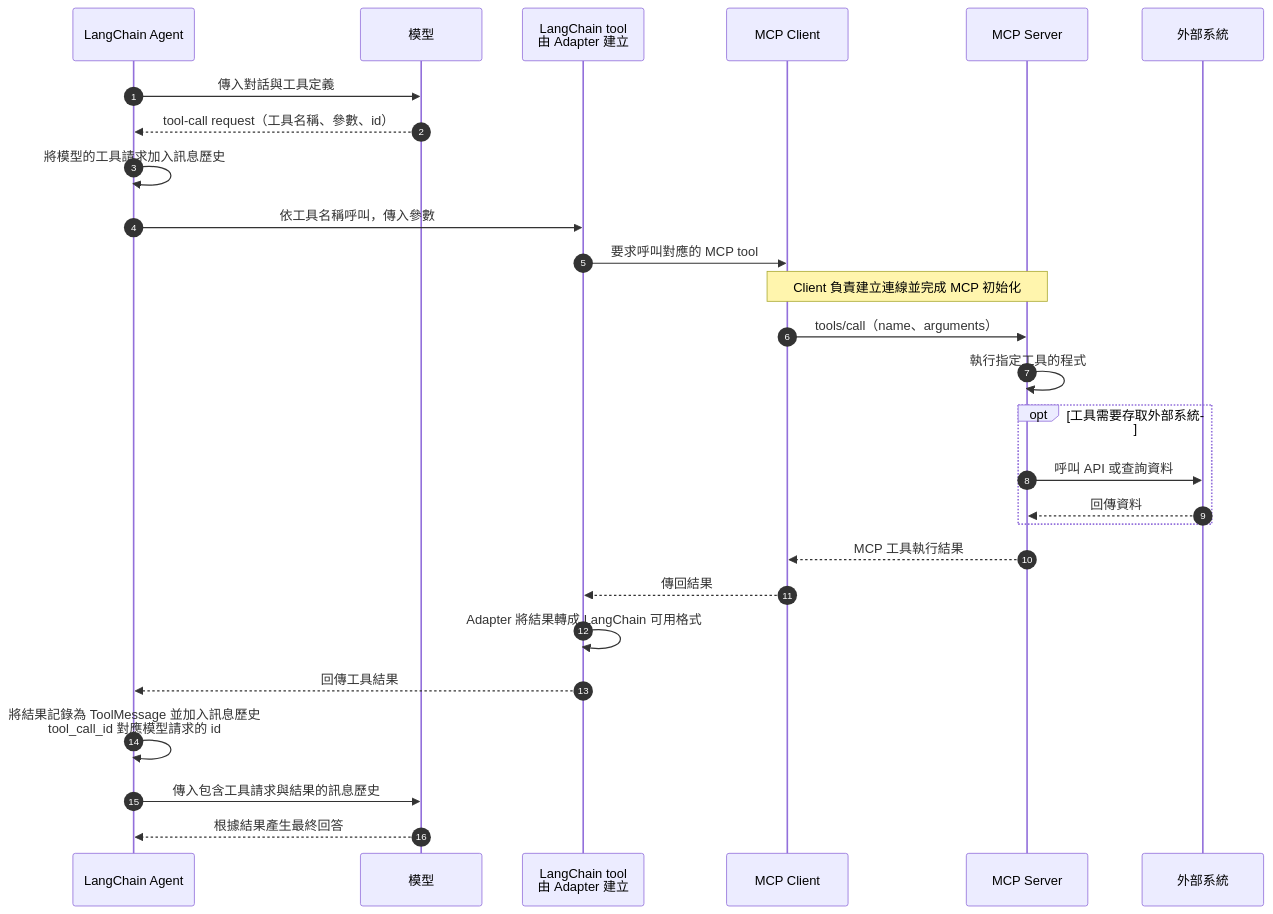
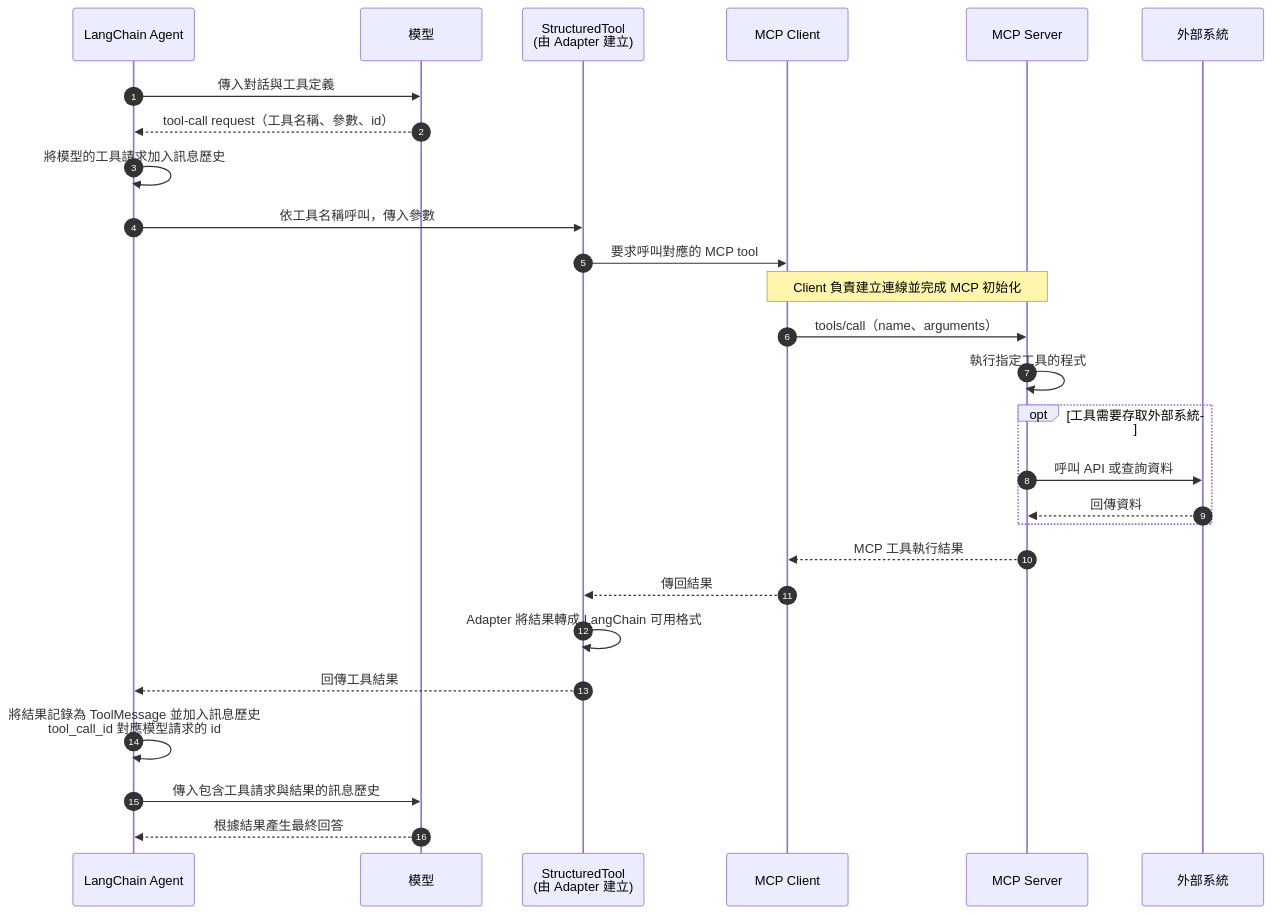
Before and after one commit to hychen39/ai_agent_dev: the second of 2 diagrams in prompt_engineering_tool_calling/mcp_tool_service.md, drawn with Mermaid. The commit also changed other lines of this file and 3 other files, not shown here.

````diff
--- a/prompt_engineering_tool_calling/mcp_tool_service.md
+++ b/prompt_engineering_tool_calling/mcp_tool_service.md
@@ -128,30 +129,30 @@
 ```mermaid
 sequenceDiagram
     autonumber
     participant A as LangChain Agent
     participant M as 模型
-    participant T as LangChain tool<br/>由 Adapter 建立
+    participant T as StructuredTool<br/>(由 Adapter 建立)
     participant C as MCP Client
     participant S as MCP Server
     participant E as 外部系統
 
     A->>M: 傳入對話與工具定義
     M-->>A: tool-call request（工具名稱、參數、id）
     A->>A: 將模型的工具請求加入訊息歷史
     A->>T: 依工具名稱呼叫，傳入參數
     T->>C: 要求呼叫對應的 MCP tool
     Note over C,S: Client 負責建立連線並完成 MCP 初始化
     C->>S: tools/call（name、arguments）
     S->>S: 執行指定工具的程式
     opt 工具需要存取外部系統
         S->>E: 呼叫 API 或查詢資料
         E-->>S: 回傳資料
     end
     S-->>C: MCP 工具執行結果
     C-->>T: 傳回結果
     T->>T: Adapter 將結果轉成 LangChain 可用格式
     T-->>A: 回傳工具結果
     A->>A: 將結果記錄為 ToolMessage 並加入訊息歷史<br/>tool_call_id 對應模型請求的 id
     A->>M: 傳入包含工具請求與結果的訊息歷史
     M-->>A: 根據結果產生最終回答
 ```
````
